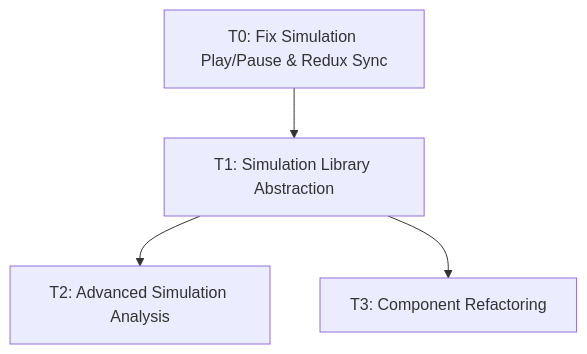
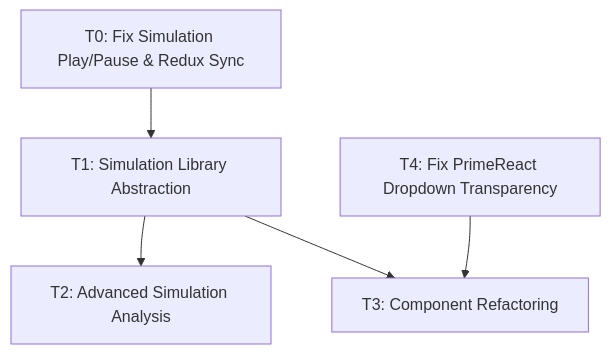
Before and after one commit to space-cadet/spin_network_app: the diagram in memory-bank/tasks.md, drawn with Mermaid. The commit also changed other lines of this file and 4 other files, not shown here.

````diff
--- a/memory-bank/tasks.md
+++ b/memory-bank/tasks.md
@@ -94,11 +119,13 @@
 ```mermaid
 graph TD
     T1[T1: Simulation Library Abstraction]
     T2[T2: Advanced Simulation Analysis]
     T3[T3: Component Refactoring]
     T0[T0: Fix Simulation Play/Pause & Redux Sync]
+    T4[T4: Fix PrimeReact Dropdown Transparency]
     
     T0 --> T1
     T1 --> T2
     T1 --> T3
+    T4 --> T3
 ```
````
